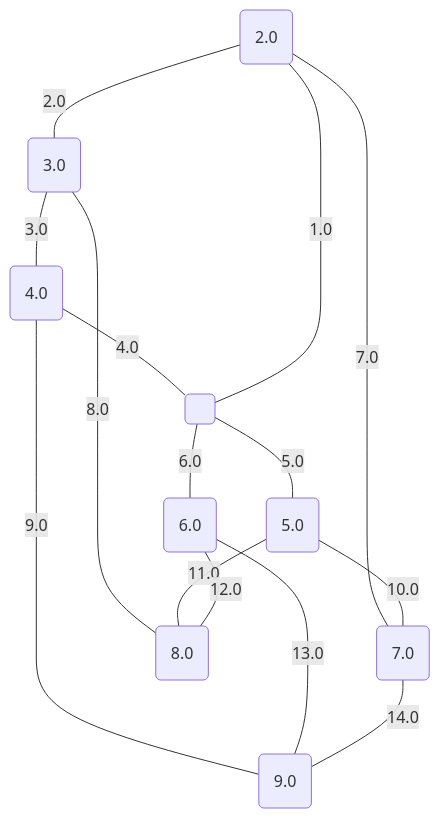
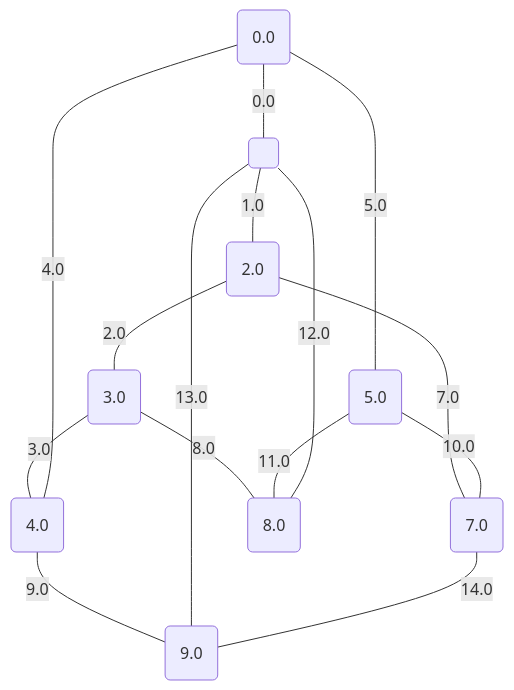
Before and after one commit to metury/graphs: the third of 17 diagrams in project/src/testing/minCutPetersen.md, drawn with Mermaid. The commit also changed other lines of this file and 52 other files, not shown here.

````diff
--- a/project/src/testing/minCutPetersen.md
+++ b/project/src/testing/minCutPetersen.md
@@ -75,26 +75,26 @@
 ```mermaid
 graph TD;
-0("2.0");
-1("3.0");
-2("4.0");
-3("5.0");
-4("6.0");
+0("0.0");
+1("2.0");
+2("3.0");
+3("4.0");
+4("5.0");
 5("7.0");
 6("8.0");
 7("9.0");
 8(" ");
-	8 -- "1.0" --- 0;
-	0 -- "2.0" --- 1;
-	1 -- "3.0" --- 2;
-	2 -- "4.0" --- 8;
-	8 -- "5.0" --- 3;
-	8 -- "6.0" --- 4;
-	0 -- "7.0" --- 5;
-	1 -- "8.0" --- 6;
-	2 -- "9.0" --- 7;
-	3 -- "10.0" --- 5;
-	3 -- "11.0" --- 6;
-	4 -- "12.0" --- 6;
-	4 -- "13.0" --- 7;
+	0 -- "0.0" --- 8;
+	8 -- "1.0" --- 1;
+	1 -- "2.0" --- 2;
+	2 -- "3.0" --- 3;
+	3 -- "4.0" --- 0;
+	0 -- "5.0" --- 4;
+	1 -- "7.0" --- 5;
+	2 -- "8.0" --- 6;
+	3 -- "9.0" --- 7;
+	4 -- "10.0" --- 5;
+	4 -- "11.0" --- 6;
+	8 -- "12.0" --- 6;
+	8 -- "13.0" --- 7;
 	5 -- "14.0" --- 7;
 ```
````
